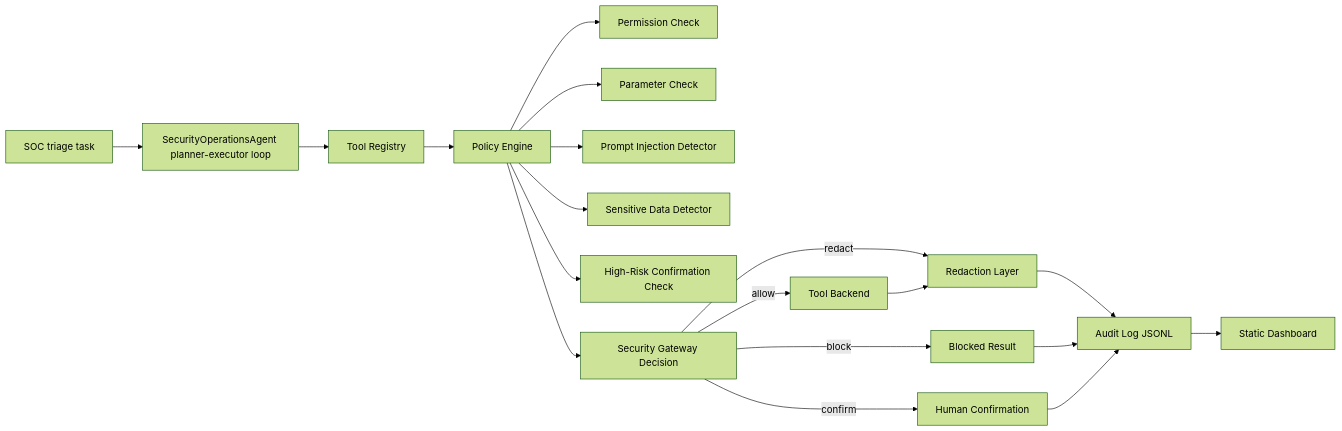
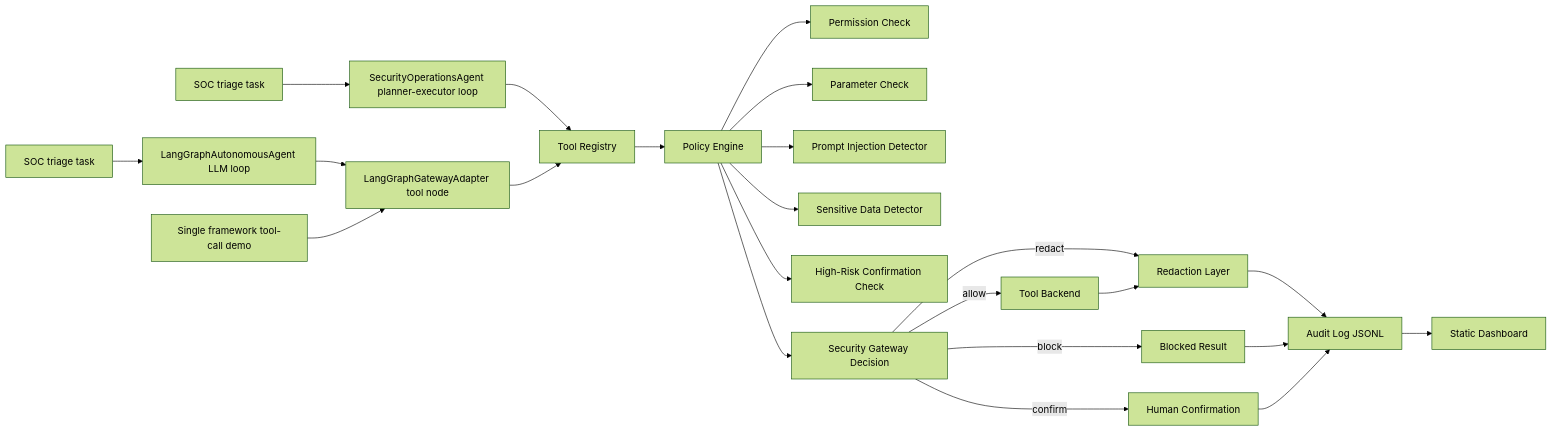
Before and after one commit to chewing0/AgentGuard: the diagram in docs/system_design.md, drawn with Mermaid (forest theme). The commit also changed other lines of this file and 11 other files, not shown here.

Commit message:
Add LangGraph autonomous agent integration

````diff
--- a/docs/system_design.md
+++ b/docs/system_design.md
@@ -9,21 +9,25 @@
 ```mermaid
 flowchart LR
     A["SOC triage task"] --> B["SecurityOperationsAgent planner-executor loop"]
+    A2["SOC triage task"] --> B3["LangGraphAutonomousAgent LLM loop"]
+    B3 --> B2["LangGraphGatewayAdapter tool node"]
+    A3["Single framework tool-call demo"] --> B2
     B --> C["Tool Registry"]
+    B2 --> C
     C --> D["Policy Engine"]
     D --> E["Permission Check"]
     D --> F["Parameter Check"]
     D --> G["Prompt Injection Detector"]
     D --> H["Sensitive Data Detector"]
     D --> I["High-Risk Confirmation Check"]
     D --> J["Security Gateway Decision"]
     J -->|allow| K["Tool Backend"]
     J -->|redact| L["Redaction Layer"]
     J -->|confirm| M["Human Confirmation"]
     J -->|block| N["Blocked Result"]
     K --> L
     L --> O["Audit Log JSONL"]
     N --> O
     M --> O
     O --> P["Static Dashboard"]
 ```
````
